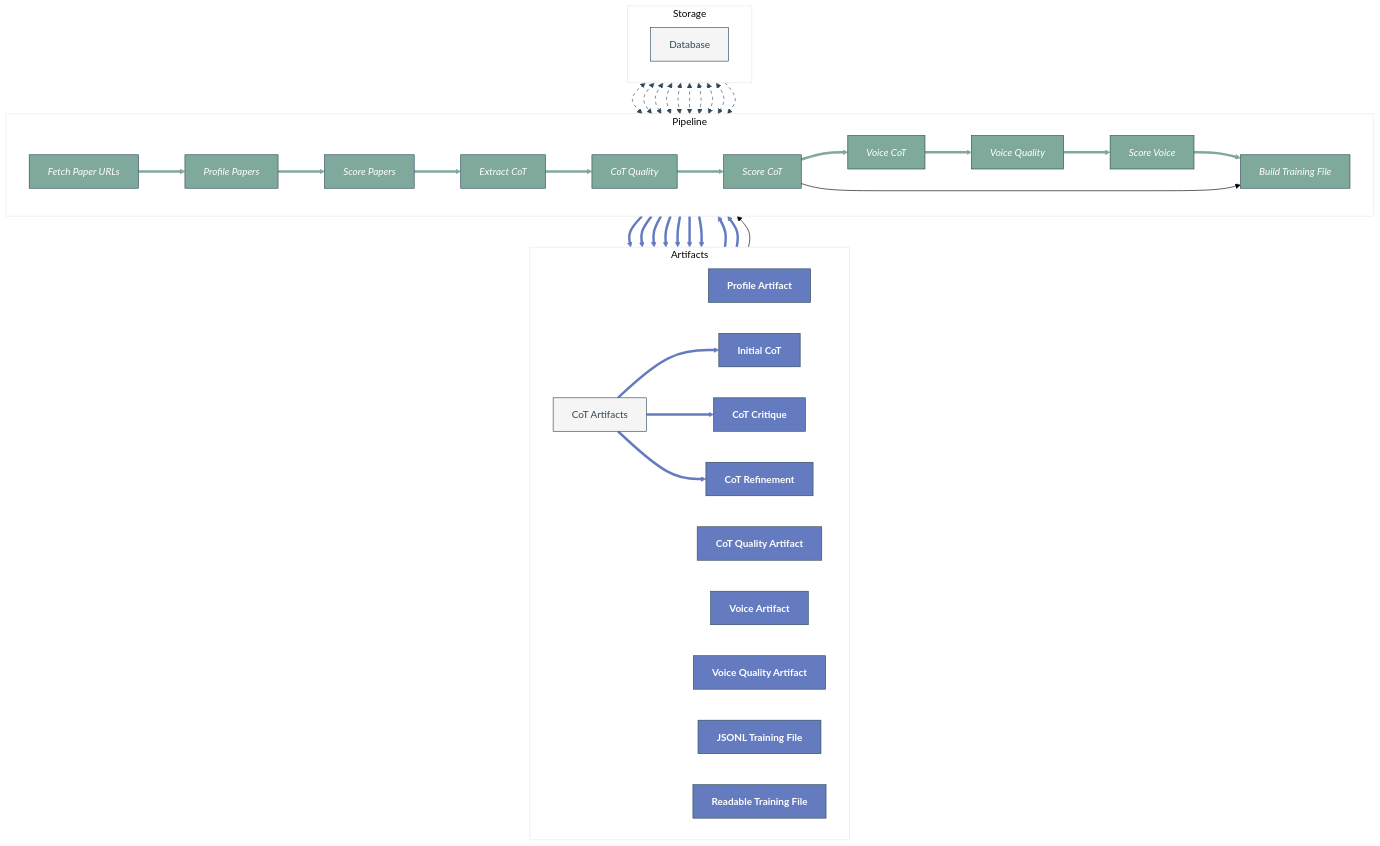
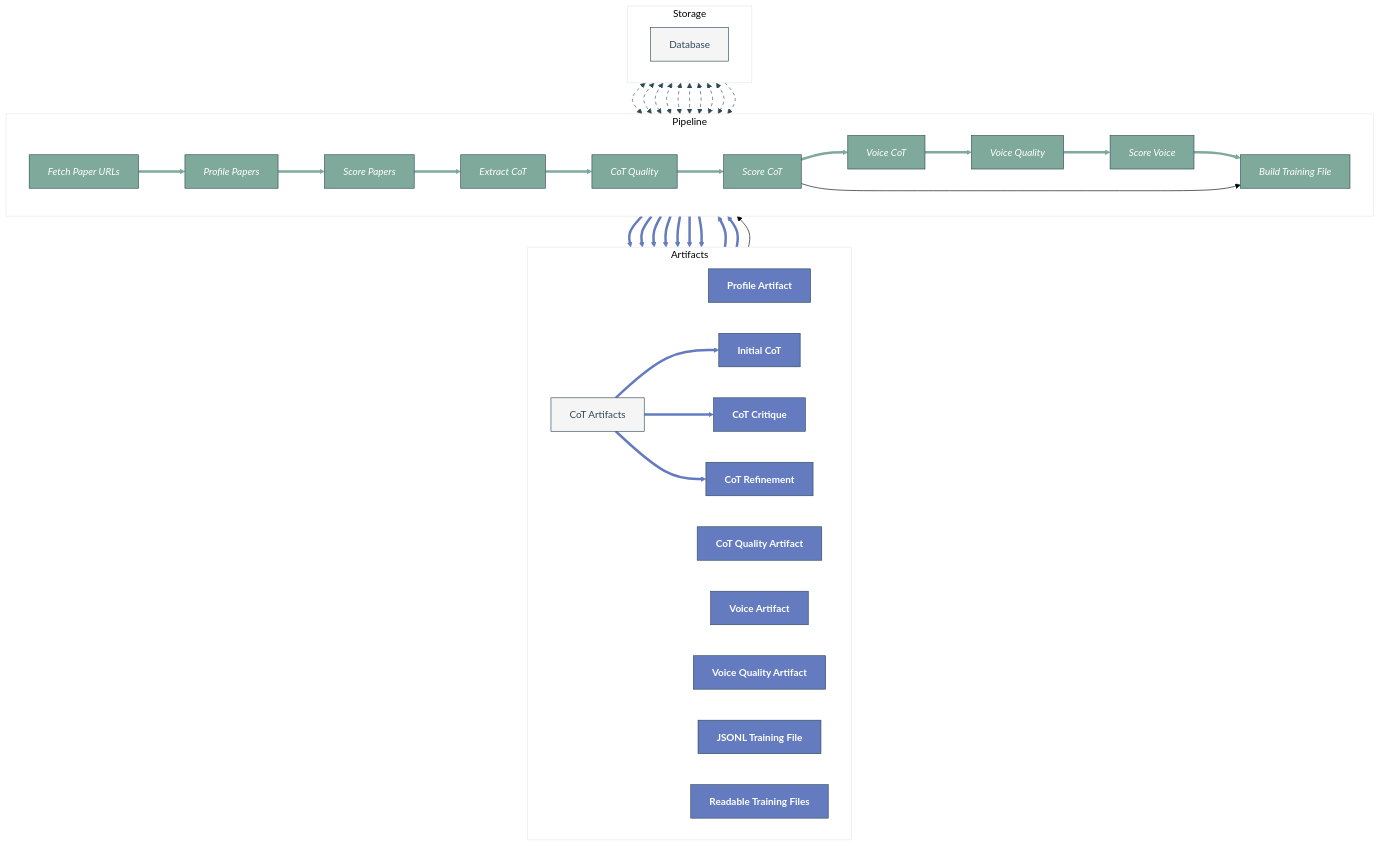
The diagram in misc/pipeline-diagram.mmd (thehunmonkgroup/raspberry-paper-to-cot-pipeline), drawn with Mermaid before and after one commit. The commit also changed 1 other file, not shown here.

Commit message:
update diagram

```diff
--- a/misc/pipeline-diagram.mmd
+++ b/misc/pipeline-diagram.mmd
@@ -1,106 +1,106 @@
 ---
 config:
   theme: base
   themeVariables:
     background: "#ffffff"
     primaryColor: "#ffffff"
     primaryTextColor: "#000000"
     primaryBorderColor: "#000000"
     lineColor: "#000000"
     edgeLabelBackground: "#ffffff"
   flowchart:
     htmlLabels: true
     curve: basis
 ---
 
 flowchart TD
     subgraph Artifacts
         direction LR
         PROF_ART["`**Profile Artifact**`"]
         QUAL_ART["`**CoT Quality Artifact**`"]
         VOICE_ART["`**Voice Artifact**`"]
         VQ_ART["`**Voice Quality Artifact**`"]
         TRAIN["`**JSONL Training File**`"]
-        READ_TRAIN["`**Readable Training File**`"]
+        READ_TRAIN["`**Readable Training Files**`"]
         COT_ART[CoT Artifacts]
         INIT_COT["`**Initial CoT**`"]
         COT_CRIT["`**CoT Critique**`"]
         COT_REF["`**CoT Refinement**`"]
     end
 
     subgraph Pipeline
         direction LR
         FETCH["`*Fetch Paper URLs*`"]
         PROFILE["`*Profile Papers*`"]
         SCORE_P["`*Score Papers*`"]
         EXTRACT["`*Extract CoT*`"]
         COT_QUAL["`*CoT Quality*`"]
         SCORE_C["`*Score CoT*`"]
         VOICE_GEN["`*Voice CoT*`"]
         VOICE_QUAL["`*Voice Quality*`"]
         SCORE_V["`*Score Voice*`"]
         BUILD["`*Build Training File*`"]
     end
 
     subgraph Storage
         direction LR
         DB[Database]
     end
 
     %% Pipeline flow connections
     FETCH --> PROFILE
     PROFILE --> SCORE_P
     SCORE_P --> EXTRACT
     EXTRACT --> COT_QUAL
     COT_QUAL --> SCORE_C
     SCORE_C --> VOICE_GEN
     VOICE_GEN --> VOICE_QUAL
     VOICE_QUAL --> SCORE_V
     SCORE_V --> BUILD
 
     %% Database connections
     DB <--> FETCH
     DB <--> PROFILE
     DB <--> SCORE_P
     DB <--> EXTRACT
     DB <--> COT_QUAL
     DB <--> SCORE_C
     DB <--> VOICE_GEN
     DB <--> VOICE_QUAL
     DB <--> SCORE_V
     DB --> BUILD
 
     %% Artifact connections
     PROFILE --> PROF_ART
     EXTRACT --> COT_ART
     COT_QUAL --> QUAL_ART
     VOICE_GEN --> VOICE_ART
     VOICE_QUAL --> VQ_ART
     BUILD --> TRAIN
     BUILD --> READ_TRAIN
     COT_ART --> INIT_COT
     COT_ART --> COT_CRIT
     COT_ART --> COT_REF
     COT_REF --> COT_QUAL
     COT_REF --> VOICE_GEN
 
     %% Build connections
     SCORE_C --> BUILD
     VOICE_ART --> BUILD
 
     %% Subgraph connections
     Storage ~~~ Pipeline
     Pipeline ~~~ Artifacts
 
     classDef default fill:#F5F5F5,color:#2F4858,stroke:#2F4858,stroke-width:1px
     classDef pipelineSteps fill:#7FA99B,color:#ffffff,stroke:#2F4858,stroke-width:1px
     classDef artifacts fill:#647CBF,color:#ffffff,stroke:#2F4858,stroke-width:1px
 
     %% Apply classes to nodes
     class PROFILE,SCORE_P,EXTRACT,COT_QUAL,SCORE_C,VOICE_GEN,VOICE_QUAL,SCORE_V,BUILD,FETCH pipelineSteps
     class PROF_ART,QUAL_ART,VOICE_ART,VQ_ART,TRAIN,READ_TRAIN,INIT_COT,COT_CRIT,COT_REF artifacts
 
     %% Apply styles to arrows
     linkStyle 0,1,2,3,4,5,6,7,8 stroke:#7FA99B,stroke-width:4
     linkStyle 9,10,11,12,13,14,15,16,17,18 stroke:#2F4858,stroke-width:1,stroke-dasharray:5
     linkStyle 19,20,21,22,23,24,25,26,27,28,29,30 stroke:#647CBF,stroke-width:4
```
